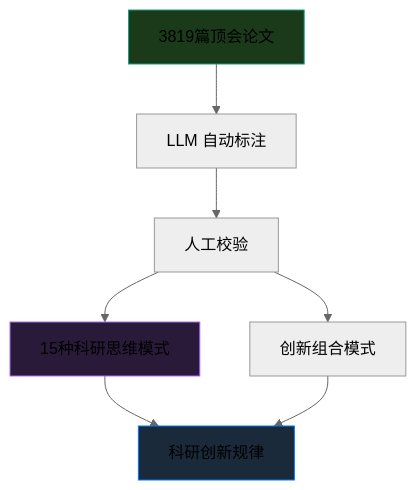
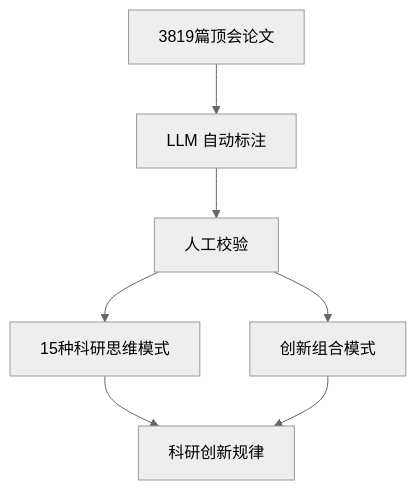
The first of 2 diagrams in src/content/docs/idea/projects.mdx (yiweinanzi/ai-research-ebook), drawn with Mermaid (neutral theme) before and after one commit. The commit also changed other lines of this file and 8 other files, not shown here.

First line of the commit message:
feat: enhance homepage and diagram scripts

````diff
--- a/src/content/docs/idea/projects.mdx
+++ b/src/content/docs/idea/projects.mdx
@@ -20,13 +20,10 @@
 ```mermaid
 flowchart TD
     A[3819篇顶会论文] --> B[LLM 自动标注]
     B --> C[人工校验]
     C --> D[15种科研思维模式]
     C --> E[创新组合模式]
     D --> F[科研创新规律]
     E --> F
 
-    style A fill:#1a3a1a,stroke:#10a37f
-    style D fill:#2a1a3a,stroke:#ab68ff
-    style F fill:#1a2a3a,stroke:#007aff
 ```
````
